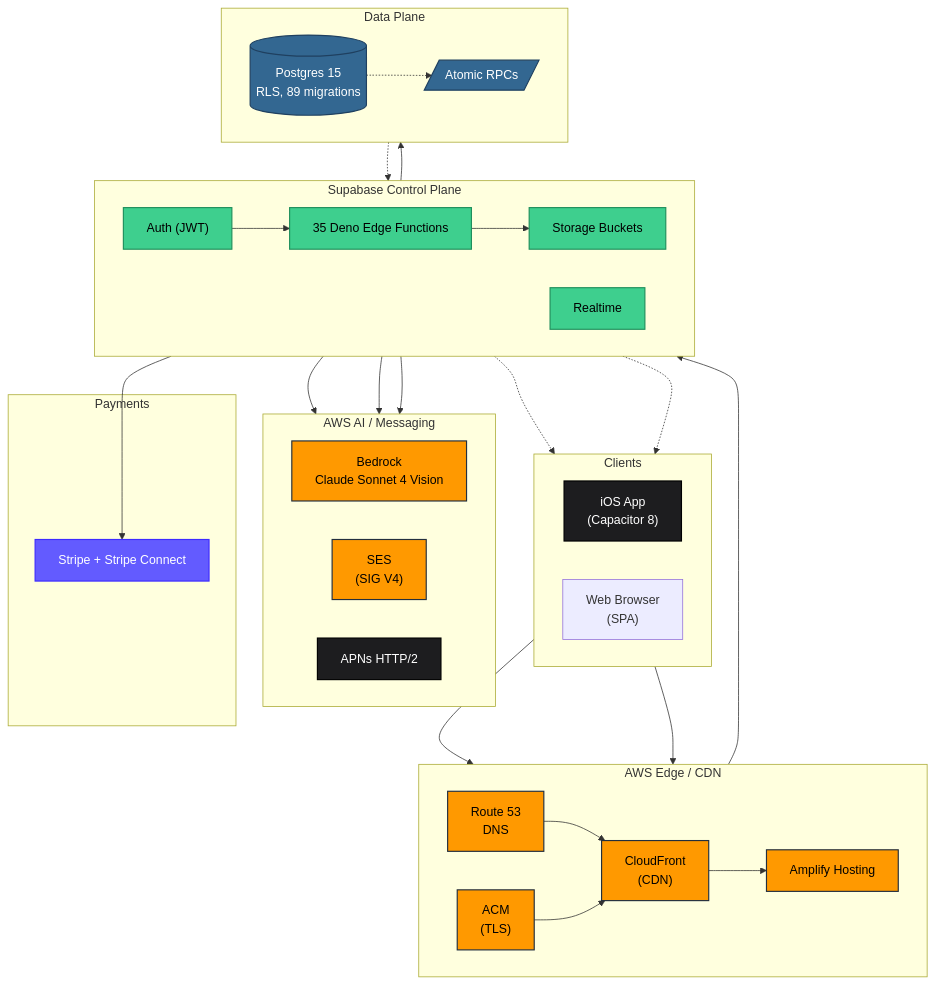
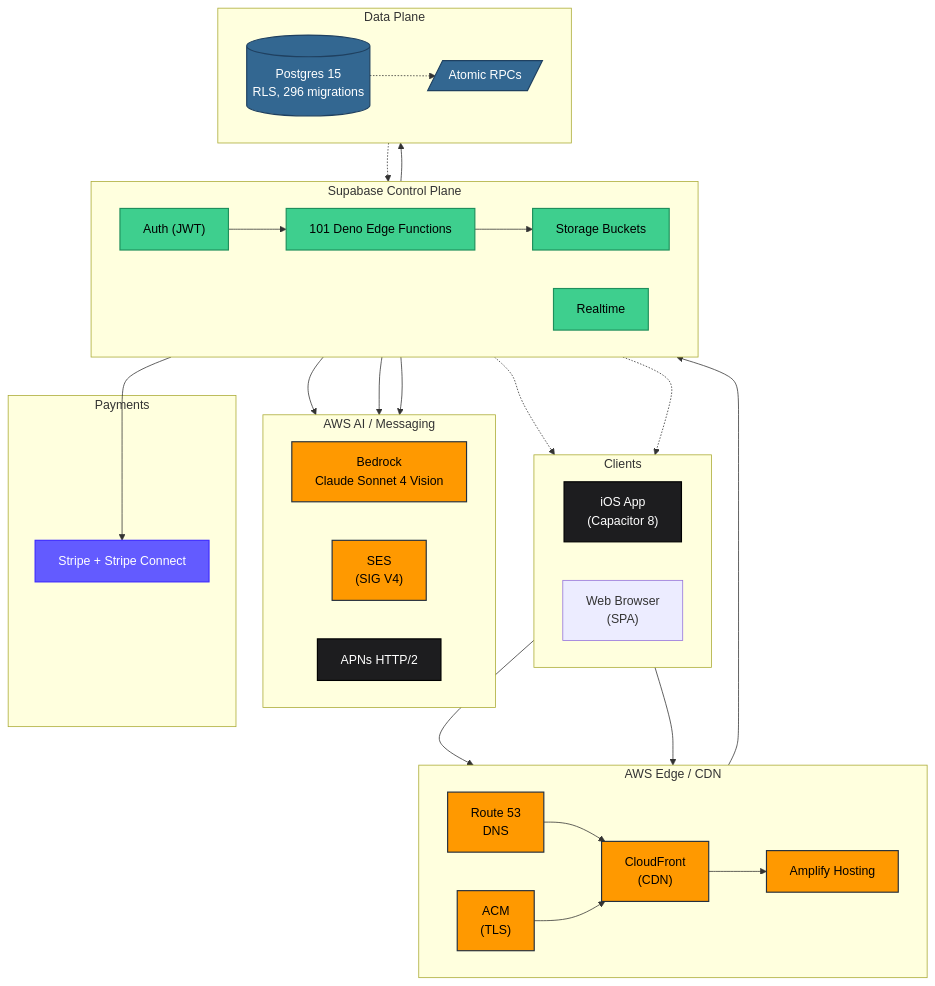
One commit to jashabalcom/swing-institute-architecture changed the second of 7 diagrams in ARCHITECTURE.md. Above: the diagram before and after it, drawn with Mermaid. The commit also changed other lines of this file and 3 other files, not shown here.

````diff
--- a/ARCHITECTURE.md
+++ b/ARCHITECTURE.md
@@ -111,71 +139,71 @@
 ```mermaid
 flowchart TB
     subgraph CLIENTS["Clients"]
         direction LR
         ios["iOS App<br/>(Capacitor 8)"]
         web["Web Browser<br/>(SPA)"]
     end
 
     subgraph EDGE["AWS Edge / CDN"]
         direction LR
         r53["Route 53<br/>DNS"]
         acm["ACM<br/>(TLS)"]
         cf["CloudFront<br/>(CDN)"]
         amp["Amplify Hosting"]
     end
 
     subgraph SUPABASE["Supabase Control Plane"]
         direction LR
         sbauth["Auth (JWT)"]
-        sbfn["35 Deno Edge Functions"]
+        sbfn["101 Deno Edge Functions"]
         sbstor["Storage Buckets"]
         sbrt["Realtime"]
     end
 
     subgraph DATA["Data Plane"]
         direction LR
-        pg[("Postgres 15<br/>RLS, 89 migrations")]
+        pg[("Postgres 15<br/>RLS, 296 migrations")]
         rpc[/"Atomic RPCs"/]
     end
 
     subgraph AIPLANE["AWS AI / Messaging"]
         direction LR
         bedrock["Bedrock<br/>Claude Sonnet 4 Vision"]
         ses["SES<br/>(SIG V4)"]
         apns["APNs HTTP/2"]
     end
 
     subgraph MONEY["Payments"]
         stripe["Stripe + Stripe Connect"]
     end
 
     ios --> cf
     web --> cf
     r53 --> cf
     acm --> cf
     cf --> amp
     amp --> sbauth
     sbauth --> sbfn
     sbfn --> pg
     sbfn --> sbstor
     pg -.-> rpc
     sbfn --> bedrock
     sbfn --> ses
     sbfn --> apns
     sbfn --> stripe
     pg -.-> sbrt
     sbrt -.-> web
     sbrt -.-> ios
 
     classDef awsClass fill:#FF9900,stroke:#232F3E,color:#000,stroke-width:1.5px
     classDef sbClass fill:#3ECF8E,stroke:#1F8F5C,color:#000,stroke-width:1.5px
     classDef stripeClass fill:#635BFF,stroke:#3D2BFF,color:#fff,stroke-width:1.5px
     classDef appleClass fill:#1d1d1f,stroke:#000,color:#fff,stroke-width:1.5px
     classDef pgClass fill:#336791,stroke:#1F4060,color:#fff,stroke-width:1.5px
 
     class r53,acm,cf,amp,bedrock,ses awsClass
     class sbauth,sbfn,sbstor,sbrt sbClass
     class stripe stripeClass
     class apns,ios appleClass
     class pg,rpc pgClass
 ```
````
